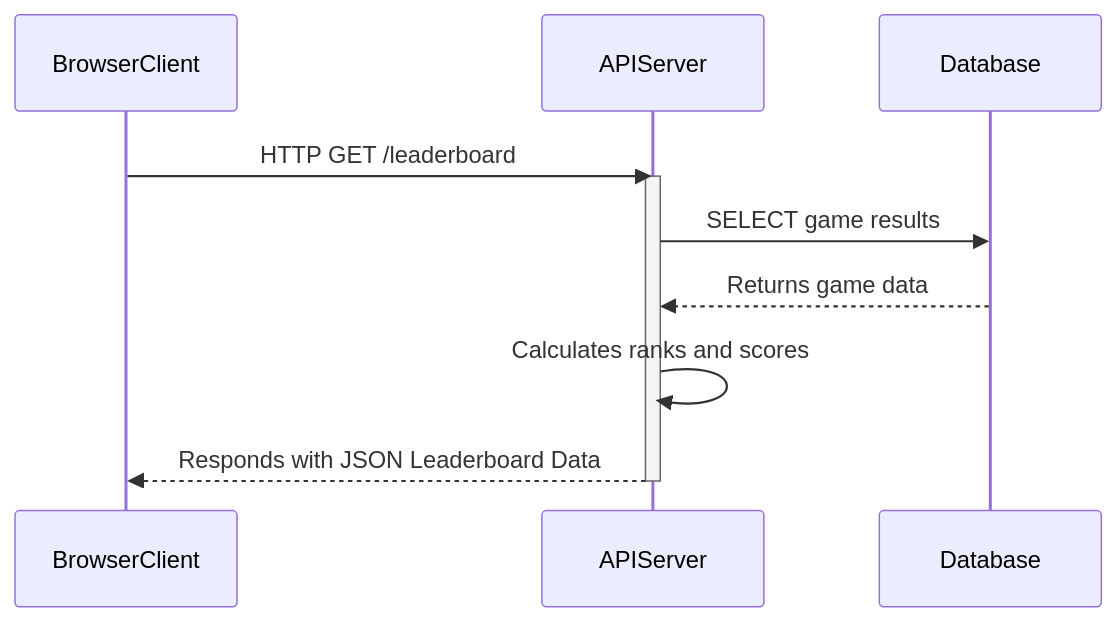
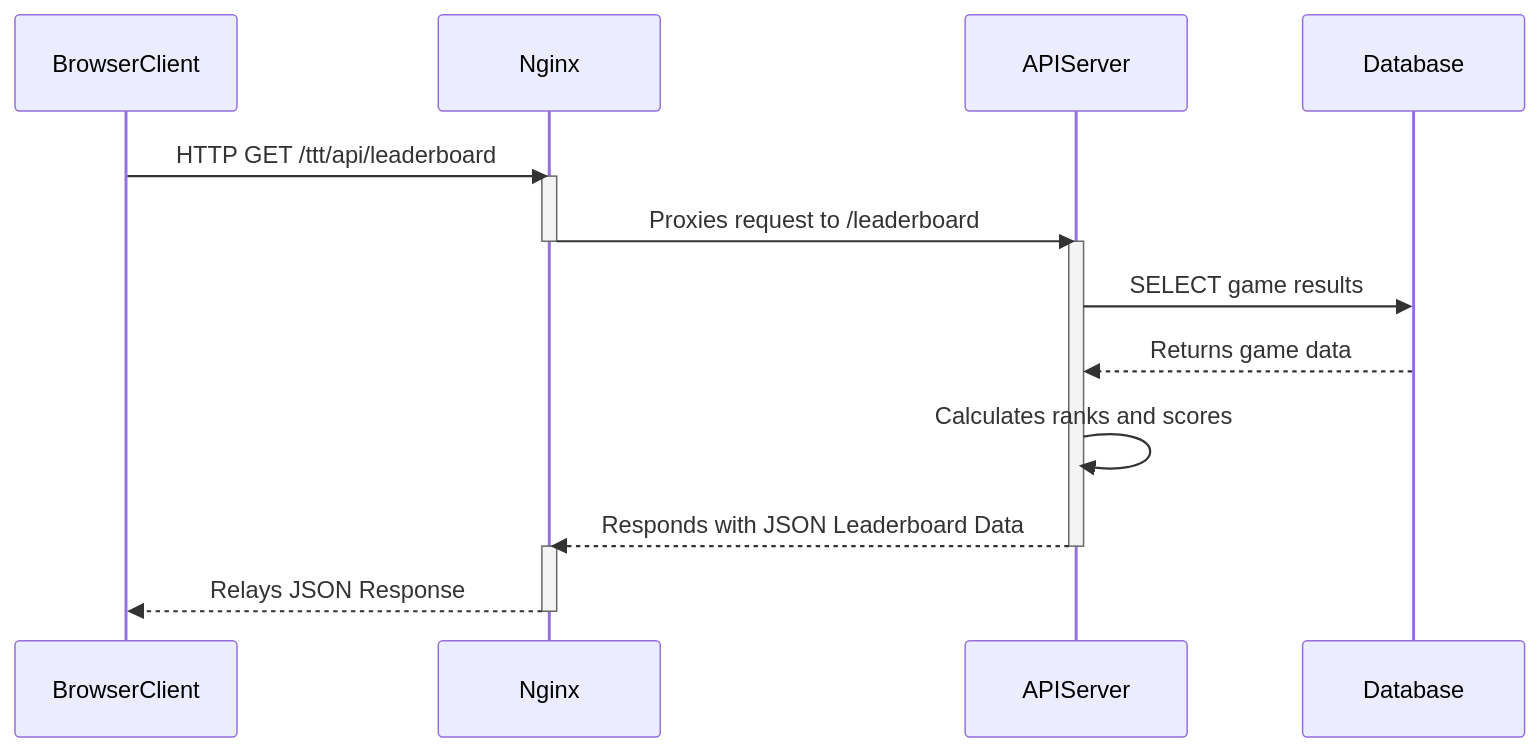
The second of 2 diagrams in docs/sequence_diagram.md (paragpachpute/multiplayer-tic-tac-to), drawn with Mermaid before and after one commit. The commit also changed 2 other files, not shown here.

Commit message:
docs: Update documentation for multi-project server structure

````diff
--- a/docs/sequence_diagram.md
+++ b/docs/sequence_diagram.md
@@ -44,14 +44,23 @@
 ```mermaid
 sequenceDiagram
     participant BrowserClient
+    participant Nginx
     participant APIServer
     participant Database
 
-    BrowserClient->>APIServer: HTTP GET /leaderboard
+    BrowserClient->>Nginx: HTTP GET /ttt/api/leaderboard
+    activate Nginx
+    Nginx->>APIServer: Proxies request to /leaderboard
+    deactivate Nginx
+    
     activate APIServer
     APIServer->>Database: SELECT game results
     Database-->>APIServer: Returns game data
     APIServer->>APIServer: Calculates ranks and scores
-    APIServer-->>BrowserClient: Responds with JSON Leaderboard Data
+    APIServer-->>Nginx: Responds with JSON Leaderboard Data
     deactivate APIServer
+    
+    activate Nginx
+    Nginx-->>BrowserClient: Relays JSON Response
+    deactivate Nginx
 ```
````
